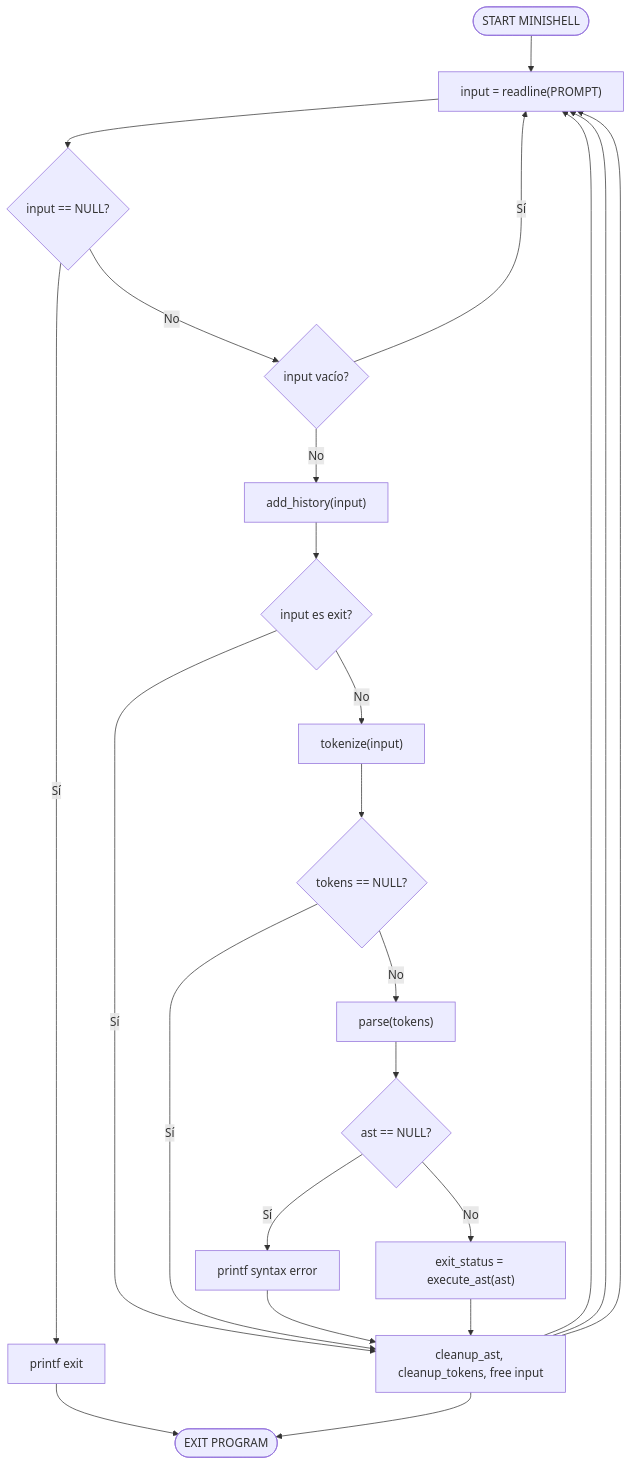
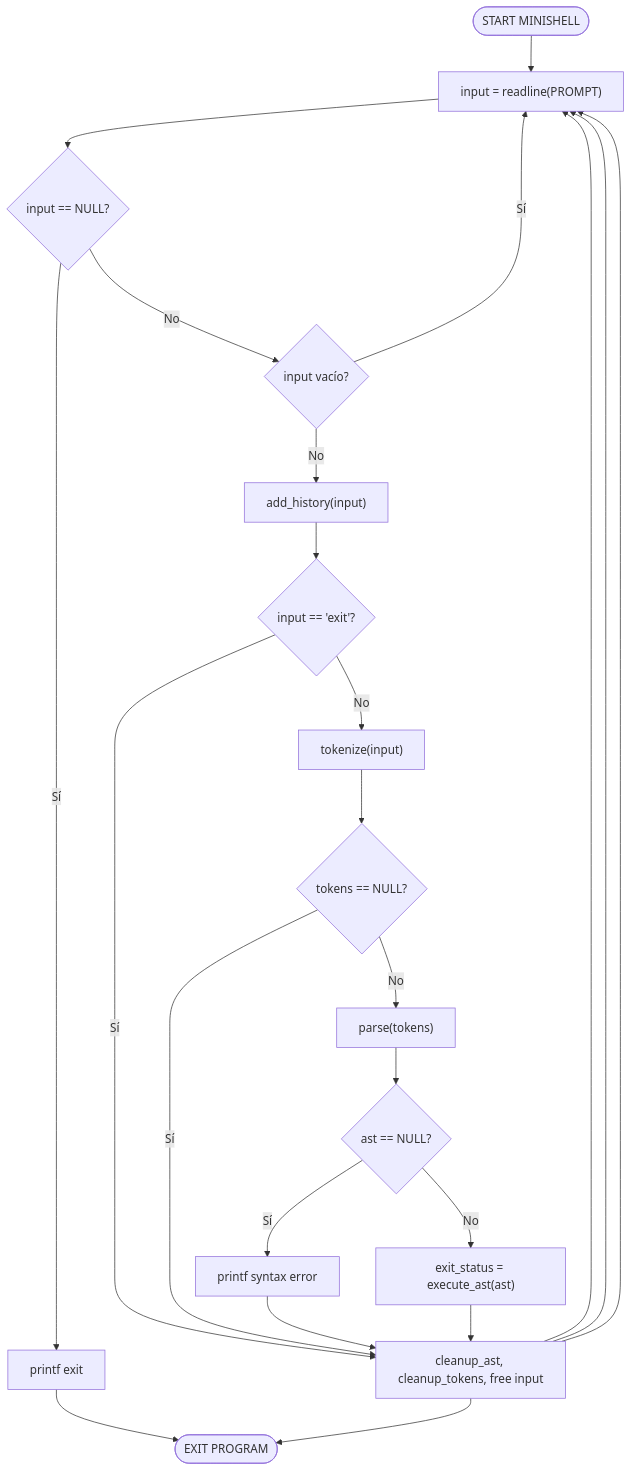
The first of 4 diagrams in docs/FLOWCHARTS.md (x65juan56x/minishell), drawn with Mermaid before and after one commit. The commit also changed other lines of this file, not shown here.

Commit message:
Flowchart Actualizado

````diff
--- a/docs/FLOWCHARTS.md
+++ b/docs/FLOWCHARTS.md
@@ -4,36 +4,36 @@
 ```mermaid
 flowchart TD
     START([START MINISHELL])
     INPUT["input = readline(PROMPT)"]
     NULL_CHECK{"input == NULL?"}
     EMPTY_CHECK{"input vacío?"}
     HISTORY["add_history(input)"]
-    EXIT_CHECK{"input es exit?"}
+    EXIT_CHECK{"input == 'exit'?"}
     TOKENIZE["tokenize(input)"]
     TOKEN_ERROR{"tokens == NULL?"}
     PARSE["parse(tokens)"]
     PARSE_ERROR{"ast == NULL?"}
     EXECUTE["exit_status = execute_ast(ast)"]
     CLEANUP["cleanup_ast, cleanup_tokens, free input"]
     EXIT_PROGRAM([EXIT PROGRAM])
     PRINT_EXIT_MSG["printf exit"]
     SYNTAX_ERROR["printf syntax error"]
 
     START --> INPUT
     INPUT --> NULL_CHECK
     NULL_CHECK -- Sí --> PRINT_EXIT_MSG --> EXIT_PROGRAM
     NULL_CHECK -- No --> EMPTY_CHECK
     EMPTY_CHECK -- Sí --> INPUT
     EMPTY_CHECK -- No --> HISTORY
     HISTORY --> EXIT_CHECK
     EXIT_CHECK -- Sí --> CLEANUP --> EXIT_PROGRAM
     EXIT_CHECK -- No --> TOKENIZE
     TOKENIZE --> TOKEN_ERROR
     TOKEN_ERROR -- Sí --> CLEANUP --> INPUT
     TOKEN_ERROR -- No --> PARSE
     PARSE --> PARSE_ERROR
     PARSE_ERROR -- Sí --> SYNTAX_ERROR --> CLEANUP --> INPUT
     PARSE_ERROR -- No --> EXECUTE
     EXECUTE --> CLEANUP
     CLEANUP --> INPUT
 ```
````
